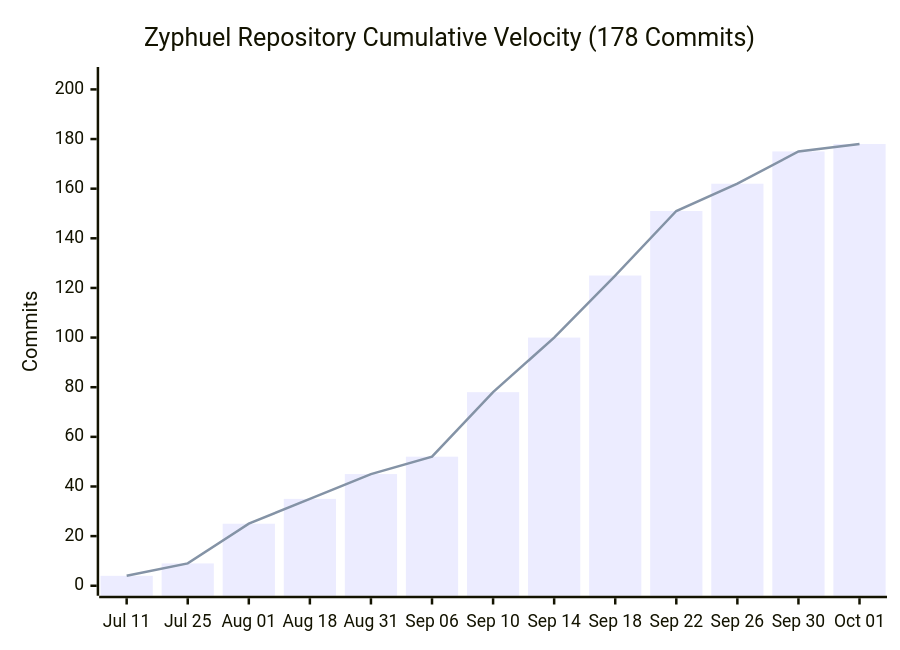
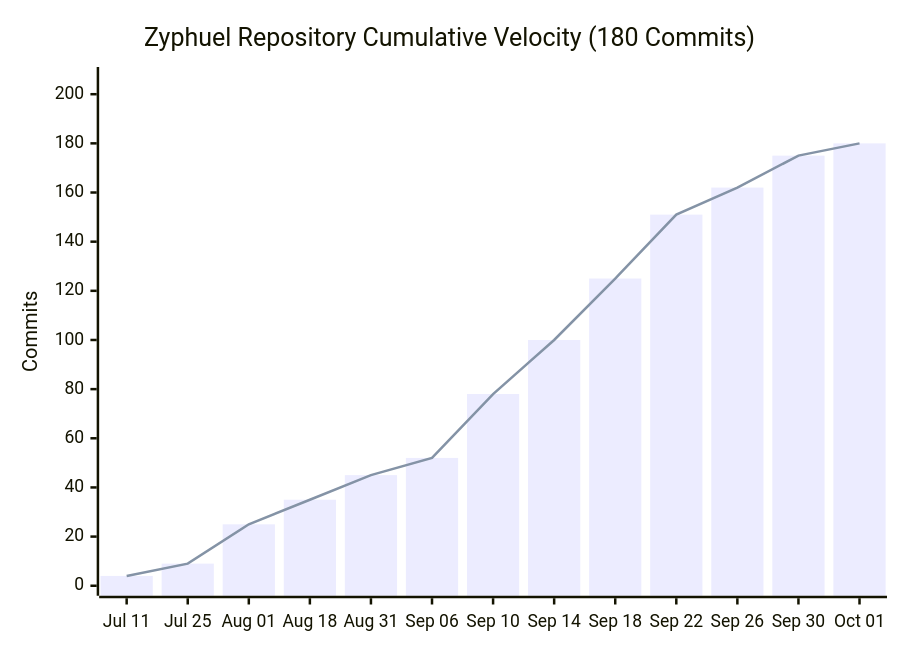
The diagram in README.md (daniyal44/Zyphuel), drawn with Mermaid before and after one commit. The commit also changed other lines of this file and 20 other files, not shown here.

````diff
--- a/README.md
+++ b/README.md
@@ -155,8 +155,8 @@
 ```mermaid
 xychart-beta
-    title "Zyphuel Repository Cumulative Velocity (178 Commits)"
+    title "Zyphuel Repository Cumulative Velocity (180 Commits)"
     x-axis ["Jul 11", "Jul 25", "Aug 01", "Aug 18", "Aug 31", "Sep 06", "Sep 10", "Sep 14", "Sep 18", "Sep 22", "Sep 26", "Sep 30", "Oct 01"]
-    y-axis "Commits" 0 --> 205
-    bar [4, 9, 25, 35, 45, 52, 78, 100, 125, 151, 162, 175, 178]
-    line [4, 9, 25, 35, 45, 52, 78, 100, 125, 151, 162, 175, 178]
+    y-axis "Commits" 0 --> 207
+    bar [4, 9, 25, 35, 45, 52, 78, 100, 125, 151, 162, 175, 180]
+    line [4, 9, 25, 35, 45, 52, 78, 100, 125, 151, 162, 175, 180]
 ```
````
